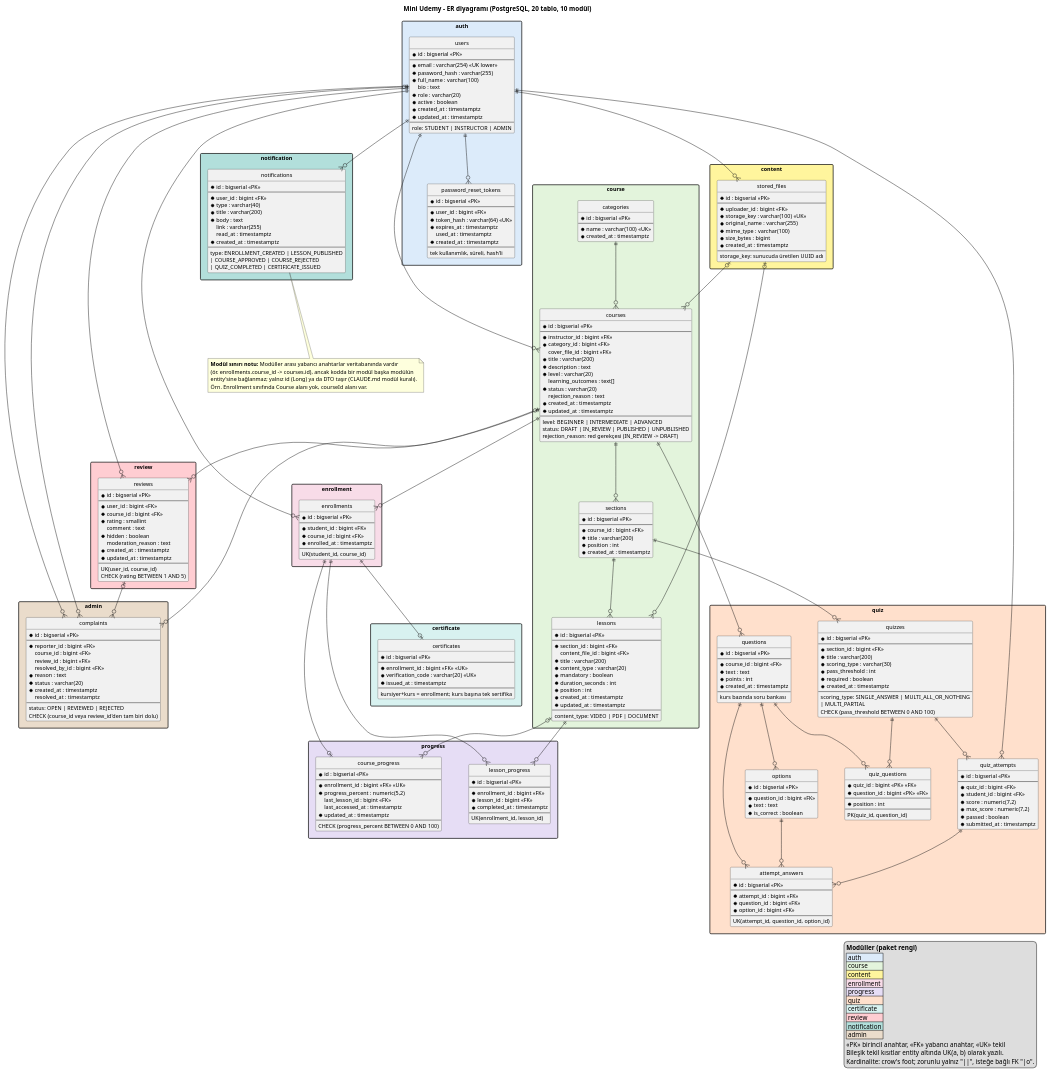
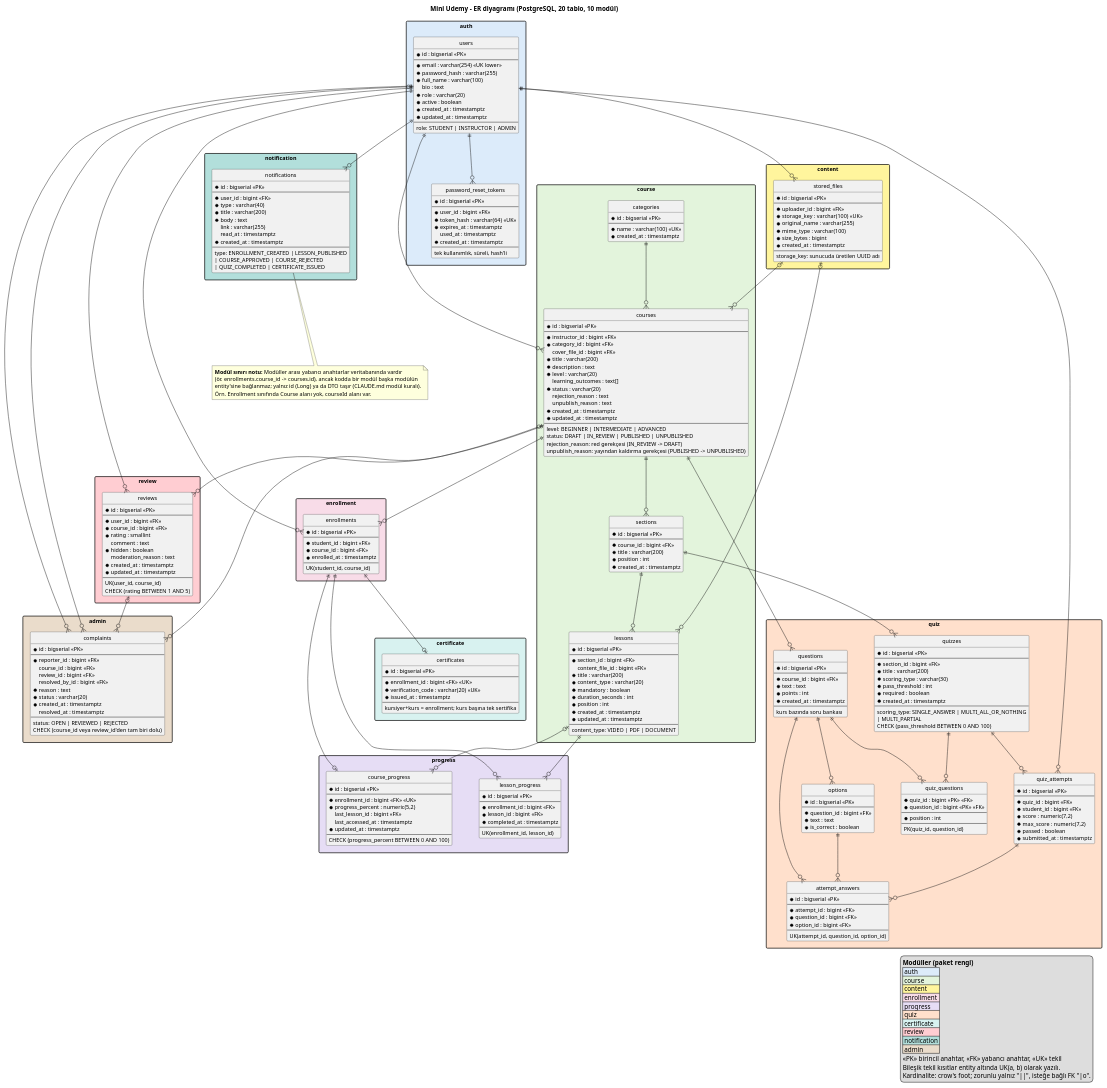
One commit to Bertanokt/mini-udemy changed the diagram in docs/diagrams/er.puml. Above: the diagram before and after it, drawn with PlantUML. The commit also changed 3 other files, not shown here.

```diff
--- a/docs/diagrams/er.puml
+++ b/docs/diagrams/er.puml
@@ -67,12 +67,14 @@
     learning_outcomes : text[]
     * status : varchar(20)
     rejection_reason : text
+    unpublish_reason : text
     * created_at : timestamptz
     * updated_at : timestamptz
     --
     level: BEGINNER | INTERMEDIATE | ADVANCED
     status: DRAFT | IN_REVIEW | PUBLISHED | UNPUBLISHED
     rejection_reason: red gerekçesi (IN_REVIEW -> DRAFT)
+    unpublish_reason: yayından kaldırma gerekçesi (PUBLISHED -> UNPUBLISHED)
   }
 
   entity sections {
```
